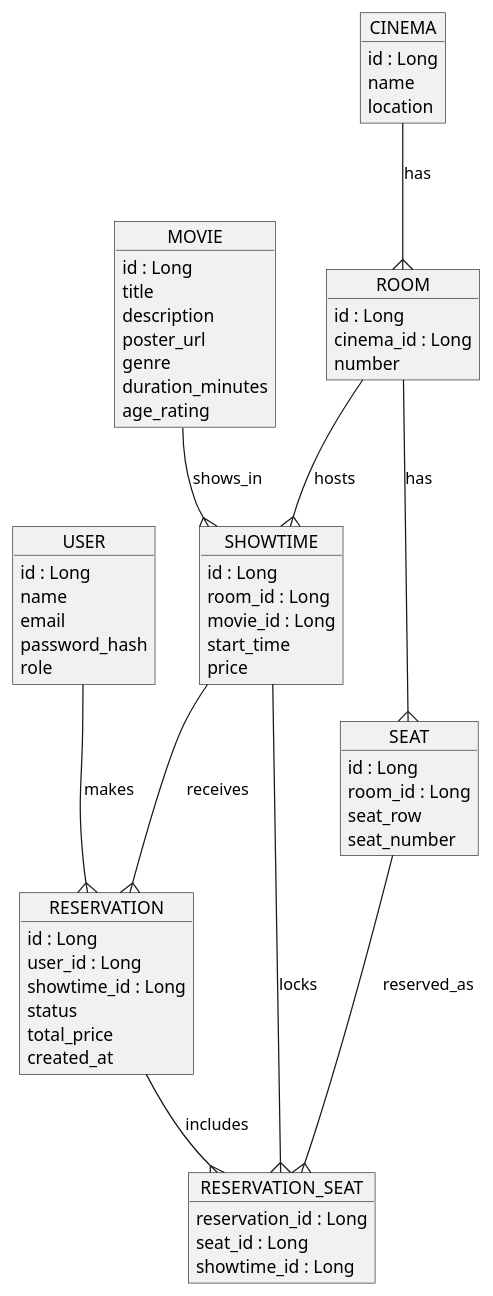
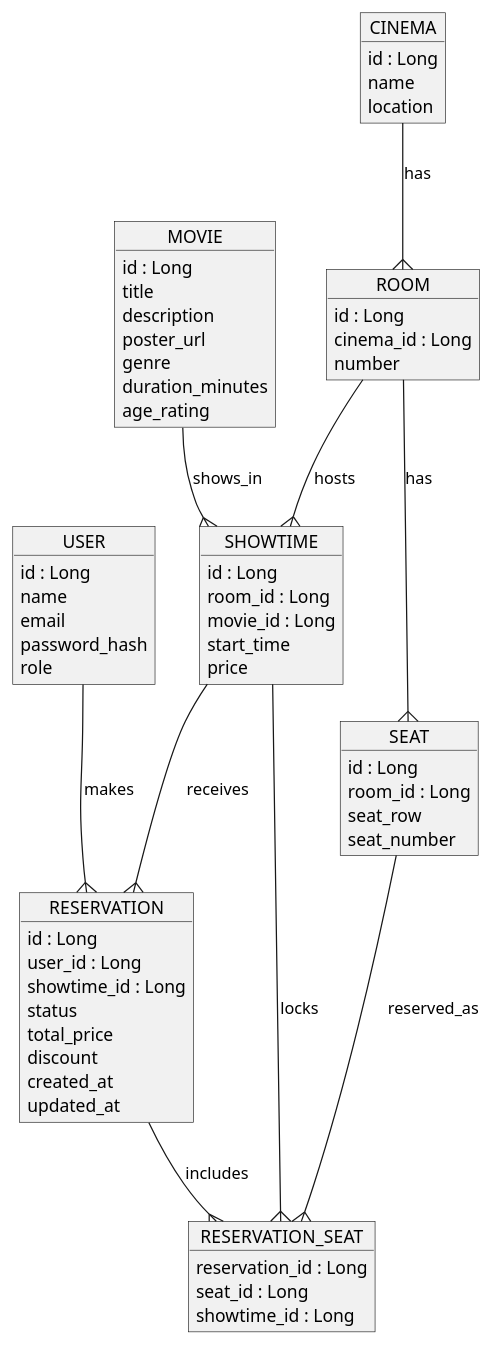
The diagram in docs/er-diagram..puml (hugobumba/cinema-system), drawn with PlantUML before and after one commit. The commit also changed 1 other file, not shown here.

Commit message:
docs: diagrams updated

```diff
--- a/docs/er-diagram..puml
+++ b/docs/er-diagram..puml
@@ -2,73 +2,75 @@
 @startuml
 
 object USER {
     id : Long
     name
     email
     password_hash
     role
 }
 
 object CINEMA {
     id : Long
     name
     location
 }
 
 object ROOM {
     id : Long
     cinema_id : Long
     number
 }
 
 object SEAT {
     id : Long
     room_id : Long
     seat_row
     seat_number
 }
 
 object MOVIE {
     id : Long
     title
     description
     poster_url
     genre
     duration_minutes
     age_rating
 }
 
 object SHOWTIME {
     id : Long
     room_id : Long
     movie_id : Long
     start_time
     price
 }
 
 object RESERVATION {
     id : Long
     user_id : Long
     showtime_id : Long
     status
     total_price
+    discount
     created_at
+    updated_at
 }
 
 object RESERVATION_SEAT {
     reservation_id : Long
     seat_id : Long
     showtime_id : Long
 }
 
 USER --{ RESERVATION : makes
 CINEMA --{ ROOM : has
 ROOM --{ SEAT : has
 ROOM --{ SHOWTIME : hosts
 MOVIE --{ SHOWTIME : shows_in
 SHOWTIME --{ RESERVATION : receives
 RESERVATION --{ RESERVATION_SEAT : includes
 SEAT --{ RESERVATION_SEAT : reserved_as
 SHOWTIME --{ RESERVATION_SEAT : locks
 
 @enduml
```
